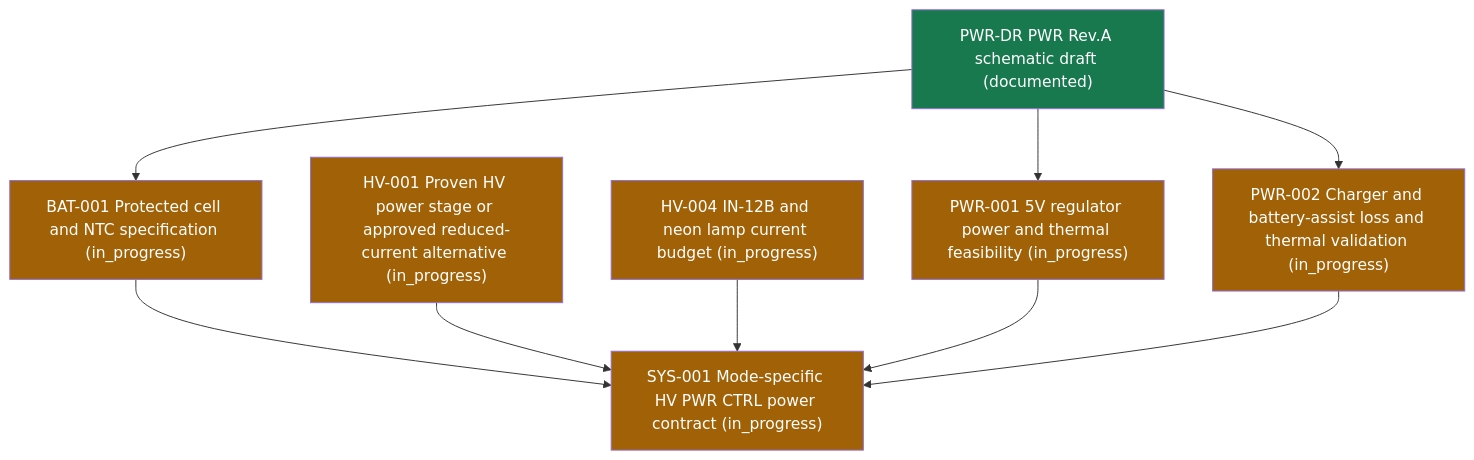
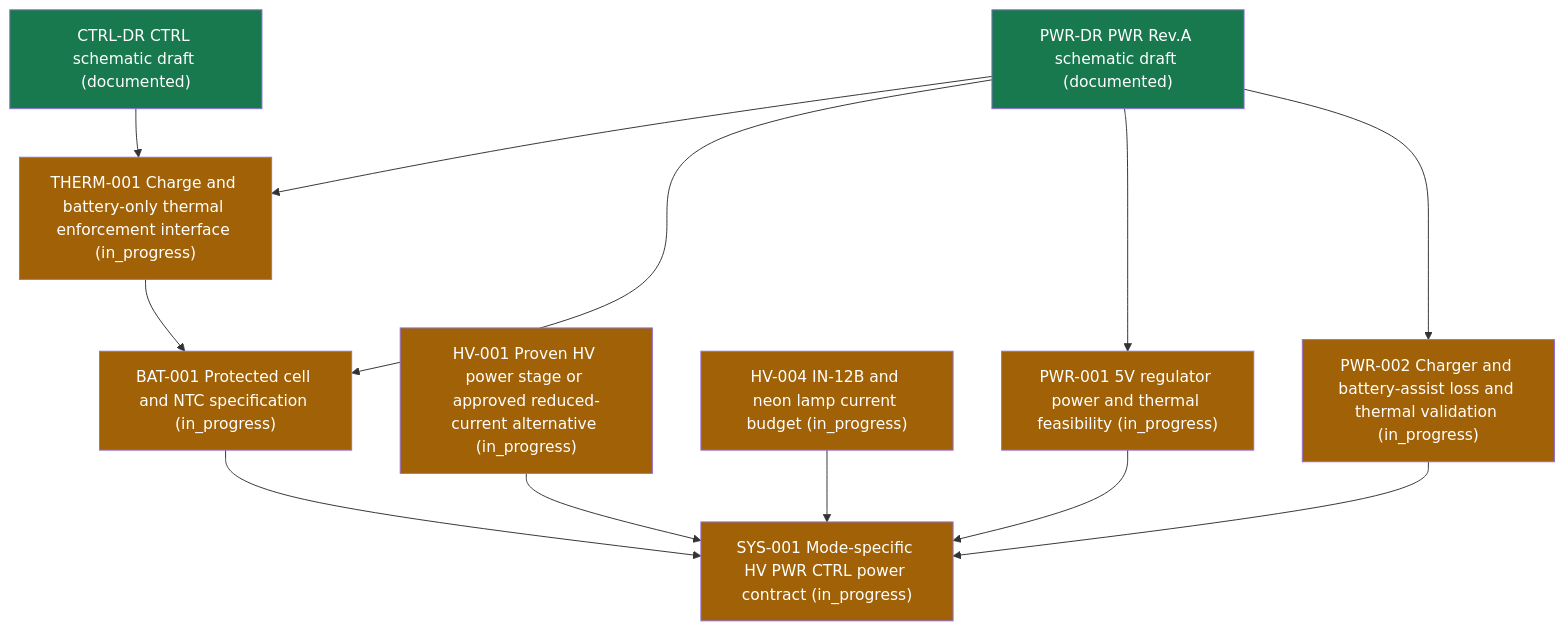
One commit to mitsu32m/PROJECT-NIXIDORO changed the third of 8 diagrams in docs/tech-tree.md. Above: the diagram before and after it, drawn with Mermaid. The commit also changed other lines of this file and 8 other files, not shown here.

````diff
--- a/docs/tech-tree.md
+++ b/docs/tech-tree.md
@@ -60,22 +60,27 @@
 ```mermaid
 flowchart TB
   N_PWR_DR["PWR-DR PWR Rev.A schematic draft (documented)"]
+  N_CTRL_DR["CTRL-DR CTRL schematic draft (documented)"]
+  N_THERM_001["THERM-001 Charge and battery-only thermal enforcement interface (in_progress)"]
   N_HV_001["HV-001 Proven HV power stage or approved reduced-current alternative (in_progress)"]
   N_HV_004["HV-004 IN-12B and neon lamp current budget (in_progress)"]
   N_PWR_001["PWR-001 5V regulator power and thermal feasibility (in_progress)"]
   N_BAT_001["BAT-001 Protected cell and NTC specification (in_progress)"]
   N_PWR_002["PWR-002 Charger and battery-assist loss and thermal validation (in_progress)"]
   N_SYS_001["SYS-001 Mode-specific HV PWR CTRL power contract (in_progress)"]
+  N_CTRL_DR --> N_THERM_001
+  N_PWR_DR --> N_THERM_001
+  N_THERM_001 --> N_BAT_001
   N_BAT_001 --> N_SYS_001
   N_HV_001 --> N_SYS_001
   N_HV_004 --> N_SYS_001
   N_PWR_001 --> N_SYS_001
   N_PWR_002 --> N_SYS_001
   N_PWR_DR --> N_BAT_001
   N_PWR_DR --> N_PWR_001
   N_PWR_DR --> N_PWR_002
   classDef documented fill:#18794e,color:#fff
-  class N_PWR_DR documented
+  class N_PWR_DR,N_CTRL_DR documented
   classDef in_progress fill:#a16207,color:#fff
-  class N_BAT_001,N_HV_001,N_HV_004,N_PWR_001,N_PWR_002,N_SYS_001 in_progress
+  class N_BAT_001,N_HV_001,N_HV_004,N_PWR_001,N_PWR_002,N_SYS_001,N_THERM_001 in_progress
 ```
````
